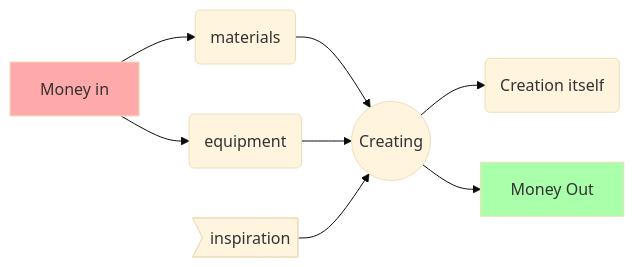
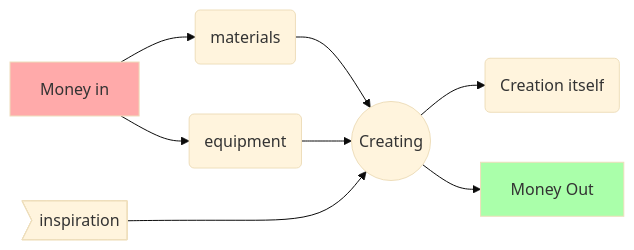
One commit to aarongilly/aarongilly.github.io changed the first of 2 diagrams in _posts/2023-3-16-432.md. Above: the diagram before and after it, drawn with Mermaid (base theme). The commit also changed other lines of this file, not shown here.

````diff
--- a/_posts/2023-3-16-432.md
+++ b/_posts/2023-3-16-432.md
@@ -29,12 +29,12 @@
 ```mermaid
 graph LR
 i[Money in] --> m(materials)
 i --> ce(equipment)
 m --> c((Creating))
 ce --> c
-in>inspiration] --> c
+in>inspiration] ---> c
 c --> co(Creation itself)
 c --> o[Money Out]
 style o fill:#afa
 style i fill:#faa
 ```
````
